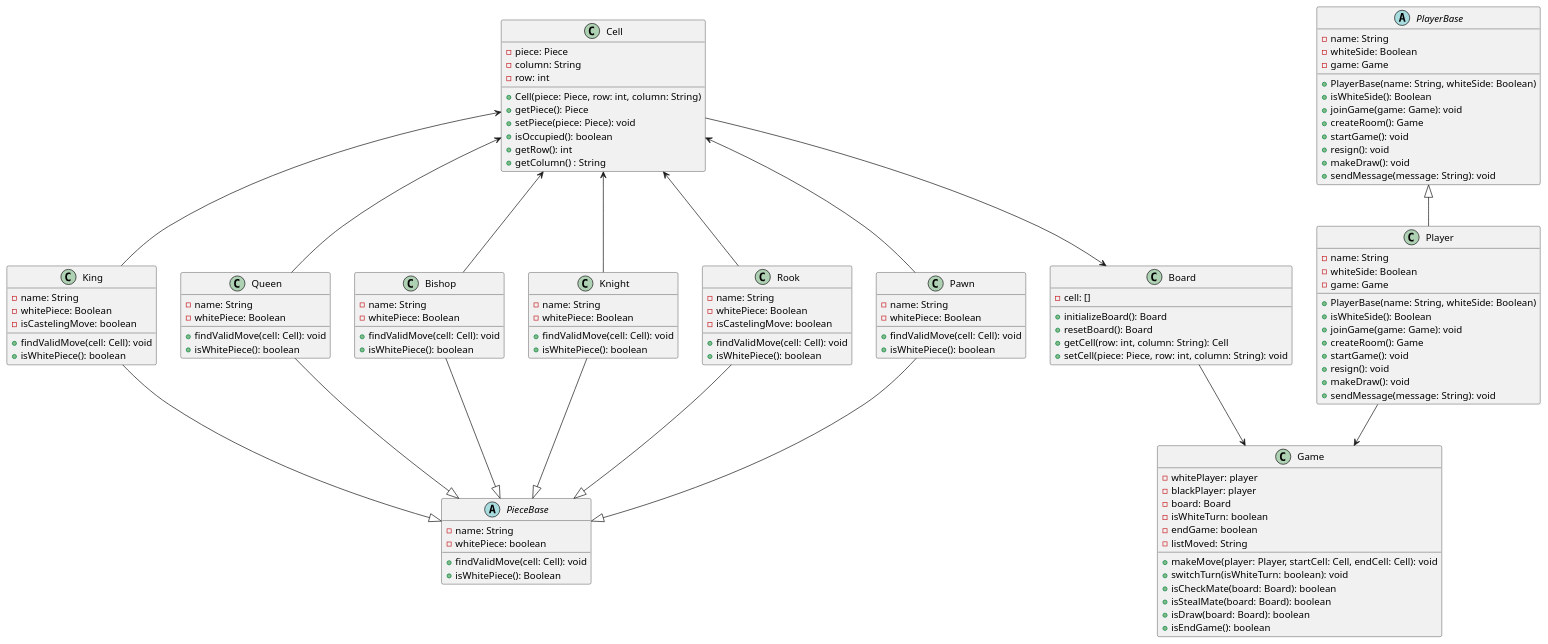
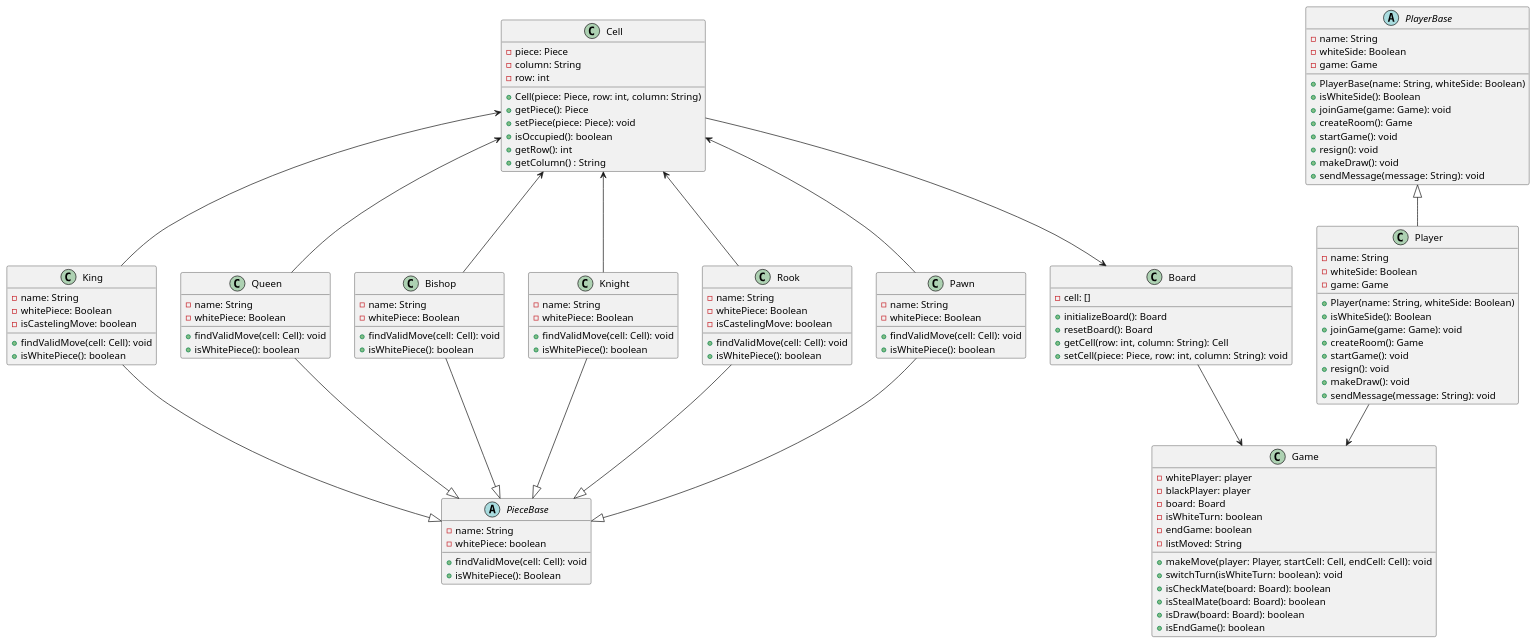
Before and after one commit to 3zard/Chess-Game: the diagram in Diagram/Class Diagram/classDiagram.pu, drawn with PlantUML. The commit also changed 6 other files, not shown here.

```diff
--- a/Diagram/Class Diagram/classDiagram.pu
+++ b/Diagram/Class Diagram/classDiagram.pu
@@ -1,136 +1,136 @@
 @startuml classDiagram
 class Board {
     -cell: []
     +initializeBoard(): Board
     +resetBoard(): Board
     +getCell(row: int, column: String): Cell
     +setCell(piece: Piece, row: int, column: String): void
 }
 
 
 class Game {
     -whitePlayer: player
     -blackPlayer: player   
     -board: Board
     -isWhiteTurn: boolean 
     -endGame: boolean
     -listMoved: String
     
     +makeMove(player: Player, startCell: Cell, endCell: Cell): void
     +switchTurn(isWhiteTurn: boolean): void
     +isCheckMate(board: Board): boolean
     +isStealMate(board: Board): boolean
     +isDraw(board: Board): boolean
     +isEndGame(): boolean
 }
 
 class Cell {
     -piece: Piece
     -column: String 
     -row: int
 
     +Cell(piece: Piece, row: int, column: String)
     +getPiece(): Piece
     +setPiece(piece: Piece): void
     +isOccupied(): boolean
     +getRow(): int
     +getColumn() : String
 }
 
 class Player {
     -name: String
     -whiteSide: Boolean
     -game: Game
     
-    +PlayerBase(name: String, whiteSide: Boolean)
+    +Player(name: String, whiteSide: Boolean)
     +isWhiteSide(): Boolean
     +joinGame(game: Game): void
     +createRoom(): Game
     +startGame(): void
     +resign(): void
     +makeDraw(): void
     +sendMessage(message: String): void
 }
 
 abstract class PlayerBase {
     -name: String
     -whiteSide: Boolean
     -game: Game
     
     +PlayerBase(name: String, whiteSide: Boolean)
     +isWhiteSide(): Boolean
     +joinGame(game: Game): void
     +createRoom(): Game
     +startGame(): void
     +resign(): void
     +makeDraw(): void
     +sendMessage(message: String): void
 }
 
 abstract class PieceBase {
     -name: String
     -whitePiece: boolean
 
     +findValidMove(cell: Cell): void
     +isWhitePiece(): Boolean
 }
 
 class Pawn{
     -name: String
     -whitePiece: Boolean
     +findValidMove(cell: Cell): void
     +isWhitePiece(): boolean
 } 
 class Rook{
     -name: String
     -whitePiece: Boolean
     -isCastelingMove: boolean
     +findValidMove(cell: Cell): void
     +isWhitePiece(): boolean
 }
 class Knight{
     -name: String
     -whitePiece: Boolean
     +findValidMove(cell: Cell): void
     +isWhitePiece(): boolean
 }
 class Bishop{
     -name: String
     -whitePiece: Boolean
     +findValidMove(cell: Cell): void
     +isWhitePiece(): boolean
 }
 class Queen{
     -name: String
     -whitePiece: Boolean
     +findValidMove(cell: Cell): void
     +isWhitePiece(): boolean
 }
 class King{
     -name: String
     -whitePiece: Boolean
     -isCastelingMove: boolean
     +findValidMove(cell: Cell): void 
     +isWhitePiece(): boolean
 }
 
 Player --> Game
 PlayerBase <|-- Player
 
 Cell --> Board
 Board --> Game
 
 PieceBase <|-up- Pawn 
 PieceBase <|-up- Rook
 PieceBase <|-up- Knight
 PieceBase <|-up- Bishop
 PieceBase <|-up- Queen
 PieceBase <|-up- King
 
 Cell <-- Pawn
 Cell <-- Rook
 Cell <-- Knight
 Cell <-- Bishop
 Cell <-- Queen
 Cell <-- King
 @enduml
```
